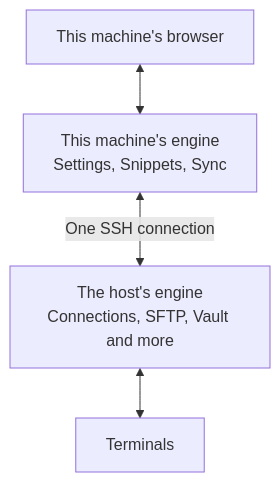
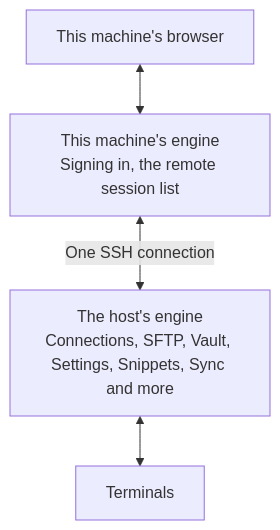
One commit to aida0710/sshc changed the diagram in pages/en/features/remote-session.md. Above: the diagram before and after it, drawn with Mermaid. The commit also changed other lines of this file and 65 other files, not shown here.

````diff
--- a/pages/en/features/remote-session.md
+++ b/pages/en/features/remote-session.md
@@ -148,6 +149,6 @@
 ```mermaid
 flowchart TD
-  browser["This machine's browser"] <--> local["This machine's engine<br/>Settings, Snippets, Sync"]
-  local <-- "One SSH connection" --> remote["The host's engine<br/>Connections, SFTP, Vault and more"]
+  browser["This machine's browser"] <--> local["This machine's engine<br/>Signing in, the remote session list"]
+  local <-- "One SSH connection" --> remote["The host's engine<br/>Connections, SFTP, Vault, Settings, Snippets, Sync and more"]
   remote <--> shell["Terminals"]
 ```
````
